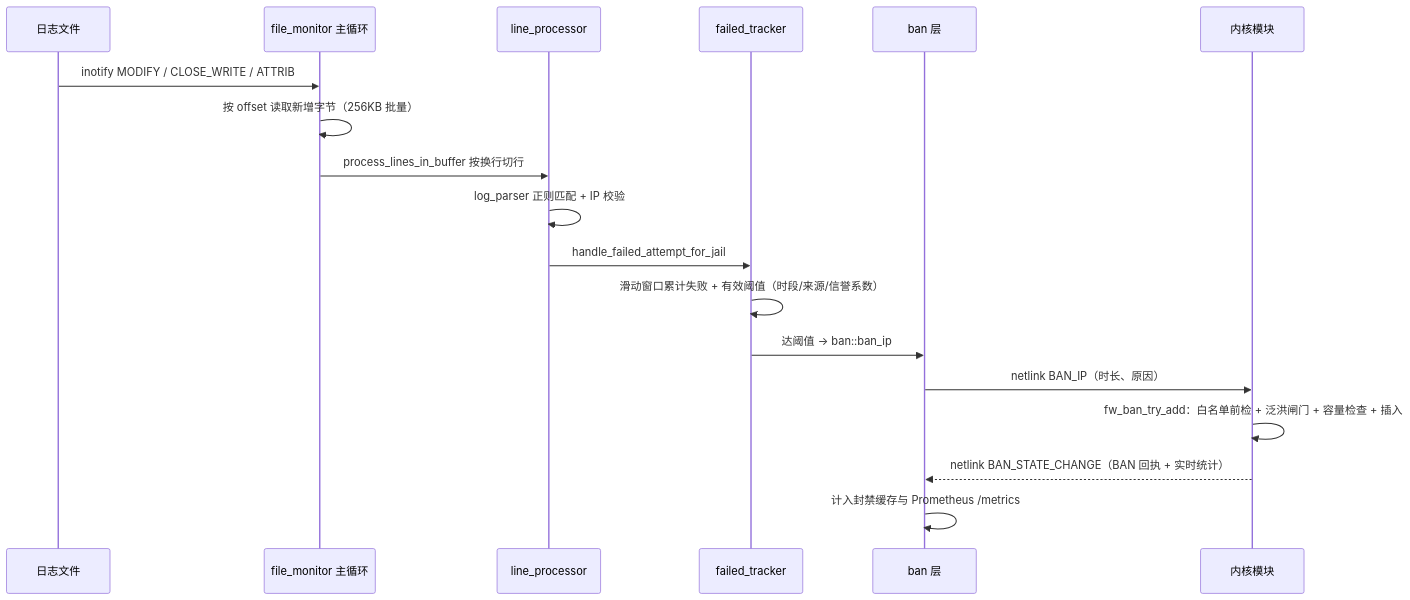
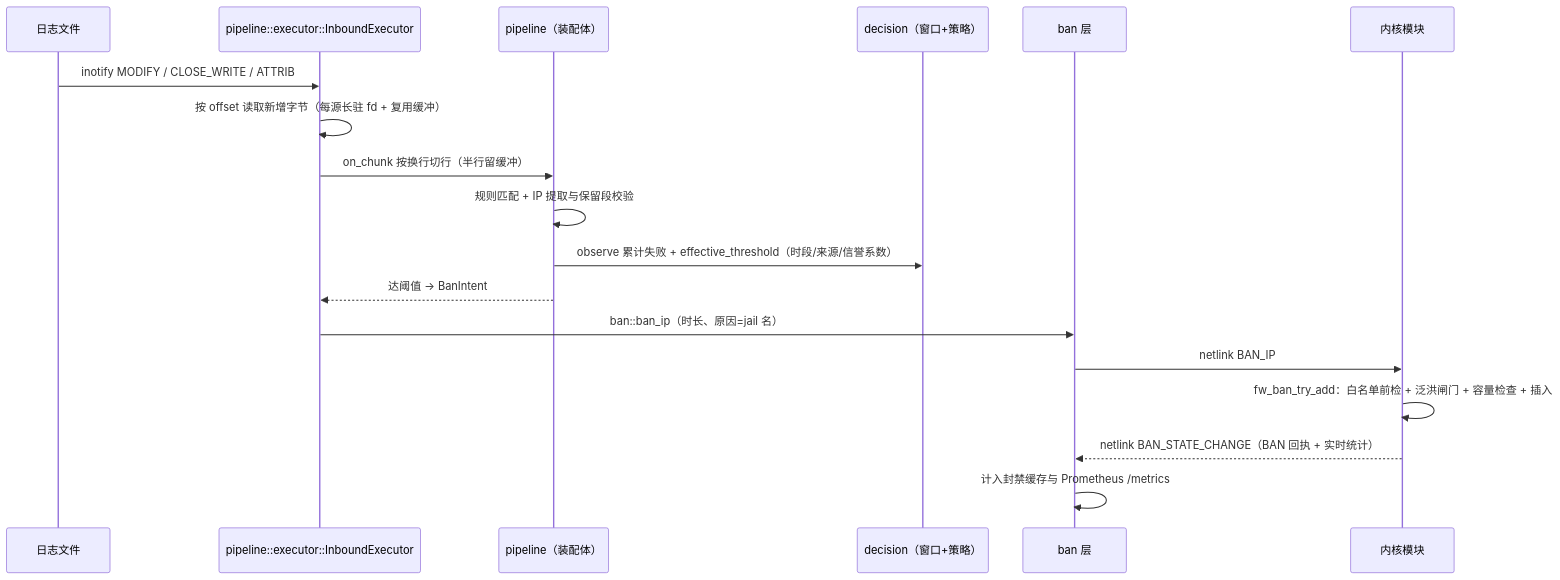
The third of 6 diagrams in docs/zh/architecture/data-flow.md (SnowCore8/linux-firewall-kmod), drawn with Mermaid before and after one commit. The commit also changed other lines of this file and 33 other files, not shown here.

````diff
--- a/docs/zh/architecture/data-flow.md
+++ b/docs/zh/architecture/data-flow.md
@@ -130,21 +130,21 @@
 ```mermaid
 sequenceDiagram
     participant Log as 日志文件
-    participant FM as file_monitor 主循环
-    participant LP as line_processor
-    participant FT as failed_tracker
+    participant EX as pipeline::executor::InboundExecutor
+    participant Pipe as pipeline（装配体）
+    participant Win as decision（窗口+策略）
     participant Ban as ban 层
     participant Kernel as 内核模块
 
-    Log->>FM: inotify MODIFY / CLOSE_WRITE / ATTRIB
-    FM->>FM: 按 offset 读取新增字节（256KB 批量）
-    FM->>LP: process_lines_in_buffer 按换行切行
-    LP->>LP: log_parser 正则匹配 + IP 校验
-    LP->>FT: handle_failed_attempt_for_jail
-    FT->>FT: 滑动窗口累计失败 + 有效阈值（时段/来源/信誉系数）
-    FT->>Ban: 达阈值 → ban::ban_ip
-    Ban->>Kernel: netlink BAN_IP（时长、原因）
+    Log->>EX: inotify MODIFY / CLOSE_WRITE / ATTRIB
+    EX->>EX: 按 offset 读取新增字节（每源长驻 fd + 复用缓冲）
+    EX->>Pipe: on_chunk 按换行切行（半行留缓冲）
+    Pipe->>Pipe: 规则匹配 + IP 提取与保留段校验
+    Pipe->>Win: observe 累计失败 + effective_threshold（时段/来源/信誉系数）
+    Pipe-->>EX: 达阈值 → BanIntent
+    EX->>Ban: ban::ban_ip（时长、原因=jail 名）
+    Ban->>Kernel: netlink BAN_IP
     Kernel->>Kernel: fw_ban_try_add：白名单前检 + 泛洪闸门 + 容量检查 + 插入
     Kernel-->>Ban: netlink BAN_STATE_CHANGE（BAN 回执 + 实时统计）
     Ban->>Ban: 计入封禁缓存与 Prometheus /metrics
 ```
````
